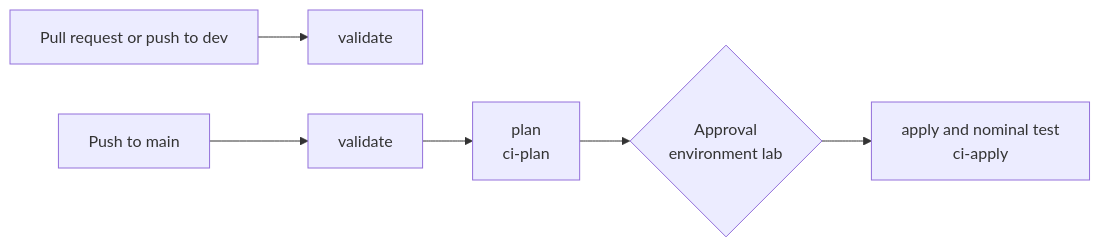
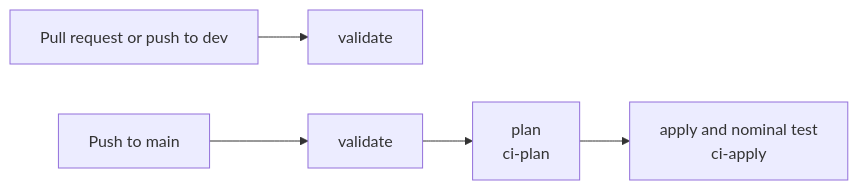
One commit to Dantheo8/MoveNow changed the second of 2 diagrams in docs/architecture.md. Above: the diagram before and after it, drawn with Mermaid. The commit also changed other lines of this file and 8 other files, not shown here.

Commit message:
Deploy to a single environment: apply the plan on main without a GitHub environment

````diff
--- a/docs/architecture.md
+++ b/docs/architecture.md
@@ -73,5 +74,5 @@
 ```mermaid
 flowchart LR
   A[Pull request or push to dev] --> V1[validate]
-  B[Push to main] --> V2[validate] --> P[plan<br/>ci-plan] --> R{Approval<br/>environment lab} --> X[apply and nominal test<br/>ci-apply]
+  B[Push to main] --> V2[validate] --> P[plan<br/>ci-plan] --> X[apply and nominal test<br/>ci-apply]
 ```
````
